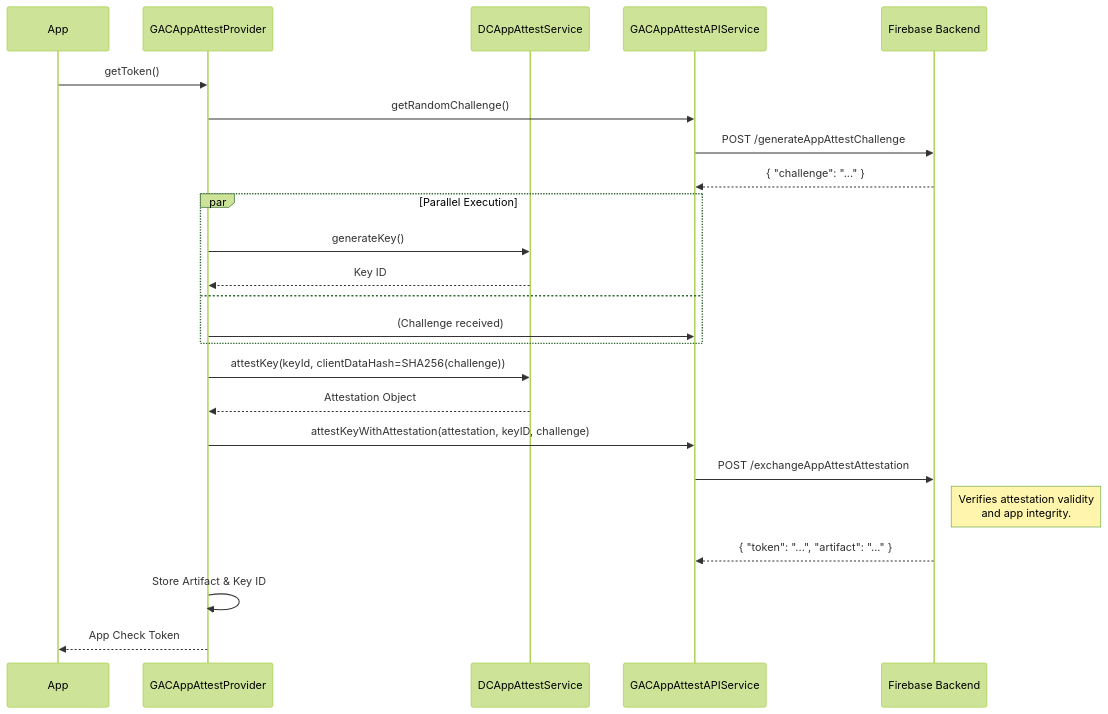
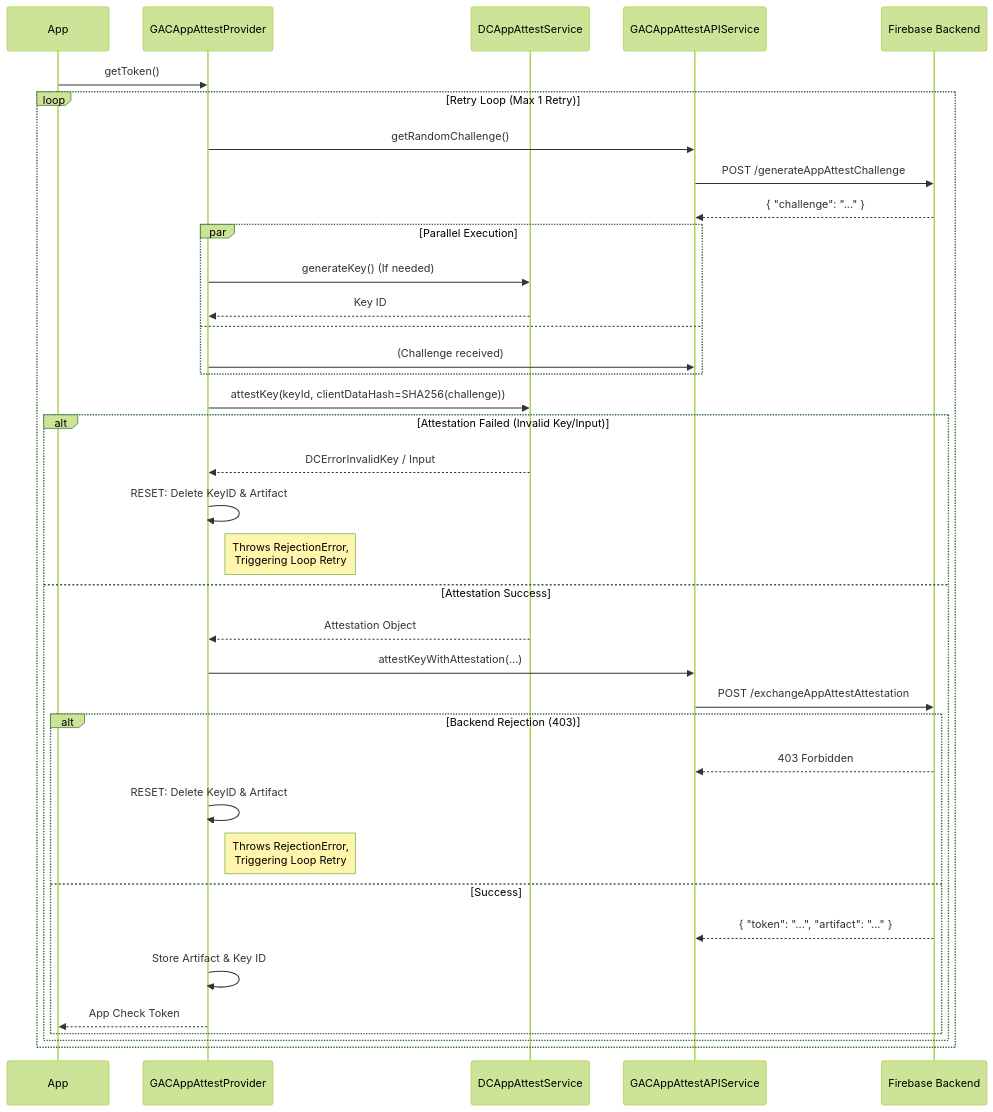
The first of 4 diagrams in docs/providers.md (google/app-check), drawn with Mermaid (forest theme) before and after one commit. The commit also changed other lines of this file and 1 other file, not shown here.

````diff
--- a/docs/providers.md
+++ b/docs/providers.md
@@ -17,31 +19,45 @@
 ```mermaid
 sequenceDiagram
     participant App
     participant Provider as GACAppAttestProvider
     participant Apple as DCAppAttestService
     participant API as GACAppAttestAPIService
     participant Backend as Firebase Backend
 
     App->>Provider: getToken()
-    Provider->>API: getRandomChallenge()
-    API->>Backend: POST /generateAppAttestChallenge
-    Backend-->>API: { "challenge": "..." }
     
-    par Parallel Execution
-        Provider->>Apple: generateKey()
-        Apple-->>Provider: Key ID
-    and
-        Provider->>API: (Challenge received)
+    loop Retry Loop (Max 1 Retry)
+        Provider->>API: getRandomChallenge()
+        API->>Backend: POST /generateAppAttestChallenge
+        Backend-->>API: { "challenge": "..." }
+        
+        par Parallel Execution
+            Provider->>Apple: generateKey() (If needed)
+            Apple-->>Provider: Key ID
+        and
+            Provider->>API: (Challenge received)
+        end
+
+        Provider->>Apple: attestKey(keyId, clientDataHash=SHA256(challenge))
+        
+        alt Attestation Failed (Invalid Key/Input)
+            Apple-->>Provider: DCErrorInvalidKey / Input
+            Provider->>Provider: RESET: Delete KeyID & Artifact
+            Note right of Provider: Throws RejectionError,<br/>Triggering Loop Retry
+        else Attestation Success
+            Apple-->>Provider: Attestation Object
+            Provider->>API: attestKeyWithAttestation(...)
+            API->>Backend: POST /exchangeAppAttestAttestation
+            
+            alt Backend Rejection (403)
+                Backend-->>API: 403 Forbidden
+                Provider->>Provider: RESET: Delete KeyID & Artifact
+                Note right of Provider: Throws RejectionError,<br/>Triggering Loop Retry
+            else Success
+                Backend-->>API: { "token": "...", "artifact": "..." }
+                Provider->>Provider: Store Artifact & Key ID
+                Provider-->>App: App Check Token
+            end
+        end
     end
-
-    Provider->>Apple: attestKey(keyId, clientDataHash=SHA256(challenge))
-    Apple-->>Provider: Attestation Object
-
-    Provider->>API: attestKeyWithAttestation(attestation, keyID, challenge)
-    API->>Backend: POST /exchangeAppAttestAttestation
-    Note right of Backend: Verifies attestation validity <br/>and app integrity.
-    Backend-->>API: { "token": "...", "artifact": "..." }
-    
-    Provider->>Provider: Store Artifact & Key ID
-    Provider-->>App: App Check Token
 ```
````
